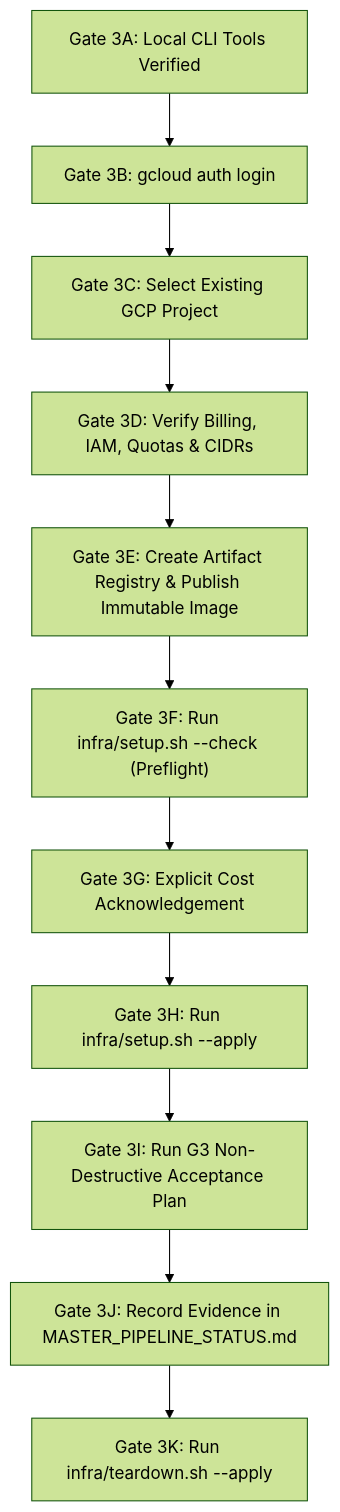
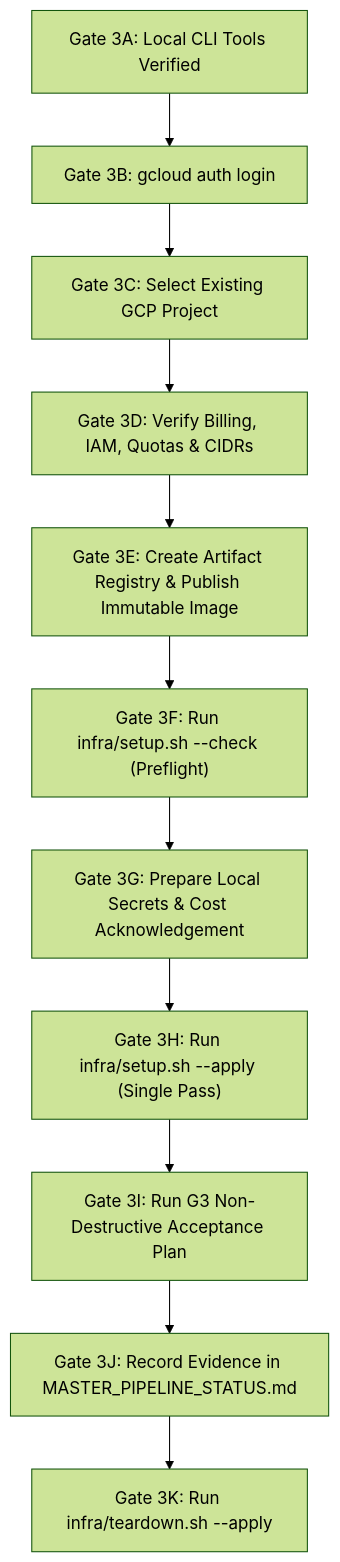
The diagram in docs/project/STAGE_3_OPERATOR_GUIDE.md (virajchoudhary/AtlasOps), drawn with Mermaid (forest theme) before and after one commit. The commit also changed other lines of this file and 5 other files, not shown here.

Commit message:
fix(infra): declarative Argo password verifier and single-pass bootstrap lifecycle

````diff
--- a/docs/project/STAGE_3_OPERATOR_GUIDE.md
+++ b/docs/project/STAGE_3_OPERATOR_GUIDE.md
@@ -68,13 +68,13 @@
 ```mermaid
 flowchart TD
     G3A["Gate 3A: Local CLI Tools Verified"] --> G3B["Gate 3B: gcloud auth login"]
     G3B --> G3C["Gate 3C: Select Existing GCP Project"]
     G3C --> G3D["Gate 3D: Verify Billing, IAM, Quotas & CIDRs"]
     G3D --> G3E["Gate 3E: Create Artifact Registry & Publish Immutable Image"]
     G3E --> G3F["Gate 3F: Run infra/setup.sh --check (Preflight)"]
-    G3F --> G3G["Gate 3G: Explicit Cost Acknowledgement"]
-    G3G --> G3H["Gate 3H: Run infra/setup.sh --apply"]
+    G3F --> G3G["Gate 3G: Prepare Local Secrets & Cost Acknowledgement"]
+    G3G --> G3H["Gate 3H: Run infra/setup.sh --apply (Single Pass)"]
     G3H --> G3I["Gate 3I: Run G3 Non-Destructive Acceptance Plan"]
     G3I --> G3J["Gate 3J: Record Evidence in MASTER_PIPELINE_STATUS.md"]
     G3J --> G3K["Gate 3K: Run infra/teardown.sh --apply"]
 ```
````
